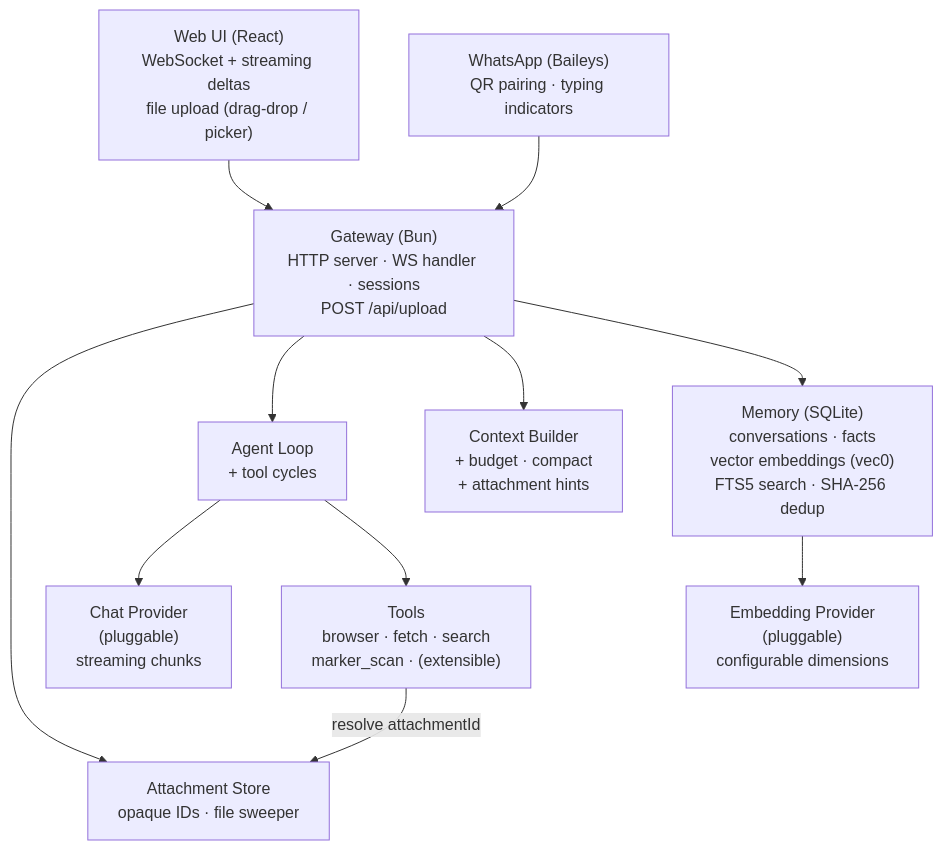
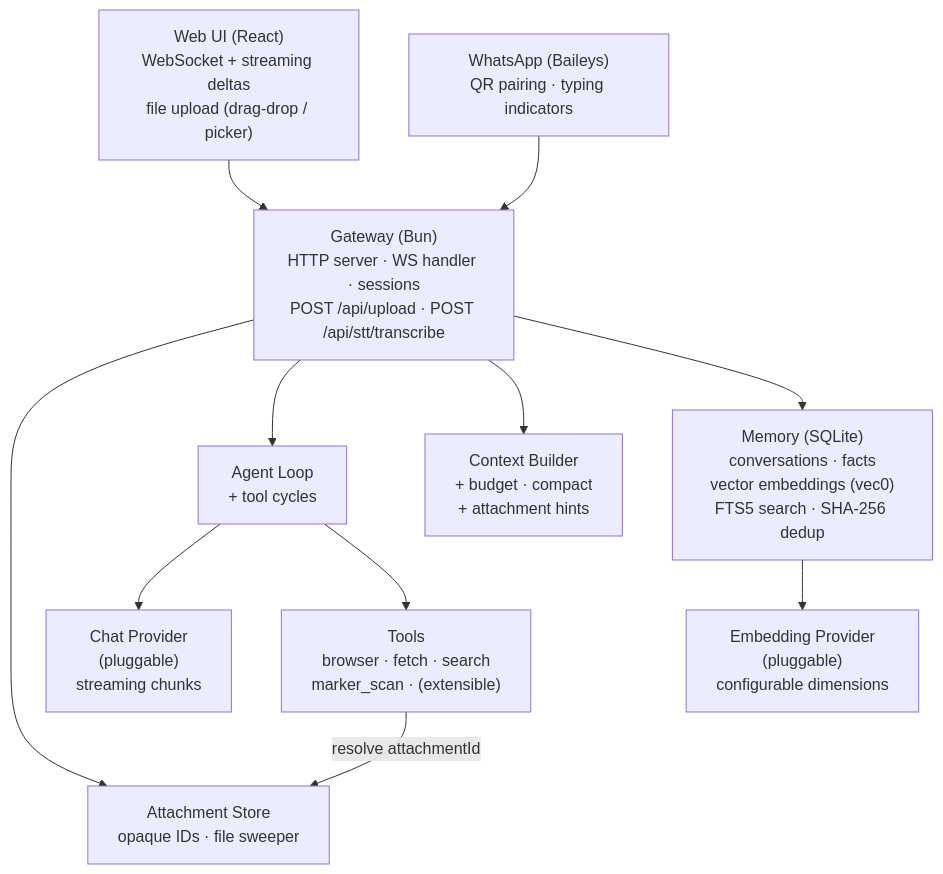
Before and after one commit to maziarzamani/spaceduck: the first of 2 diagrams in README.md, drawn with Mermaid. The commit also changed other lines of this file and 15 other files, not shown here.

````diff
--- a/README.md
+++ b/README.md
@@ -144,24 +145,24 @@
 ```mermaid
 graph TD
     UI["Web UI (React)<br/>WebSocket + streaming deltas<br/>file upload (drag-drop / picker)"]
     WA["WhatsApp (Baileys)<br/>QR pairing · typing indicators"]
-    GW["Gateway (Bun)<br/>HTTP server · WS handler · sessions<br/>POST /api/upload"]
+    GW["Gateway (Bun)<br/>HTTP server · WS handler · sessions<br/>POST /api/upload · POST /api/stt/transcribe"]
     AS["Attachment Store<br/>opaque IDs · file sweeper"]
     AL["Agent Loop<br/>+ tool cycles"]
     CB["Context Builder<br/>+ budget · compact<br/>+ attachment hints"]
     MEM["Memory (SQLite)<br/>conversations · facts<br/>vector embeddings (vec0)<br/>FTS5 search · SHA-256 dedup"]
     CP["Chat Provider<br/>(pluggable)<br/>streaming chunks"]
     EP["Embedding Provider<br/>(pluggable)<br/>configurable dimensions"]
     TOOLS["Tools<br/>browser · fetch · search<br/>marker_scan · (extensible)"]
 
     UI --> GW
     WA --> GW
     GW --> AS
     GW --> AL
     GW --> CB
     GW --> MEM
     AL --> CP
     AL --> TOOLS
     TOOLS -->|"resolve attachmentId"| AS
     MEM --> EP
 ```
````
